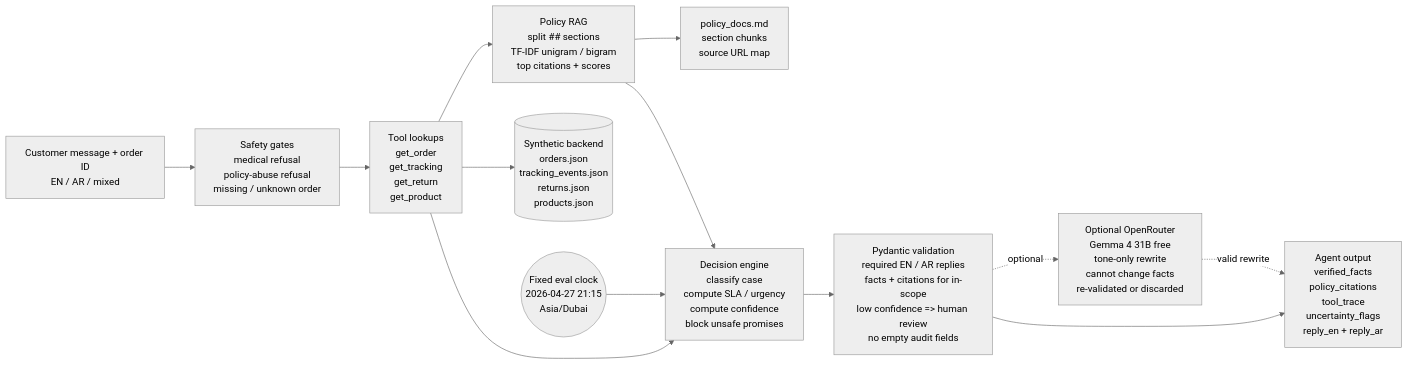
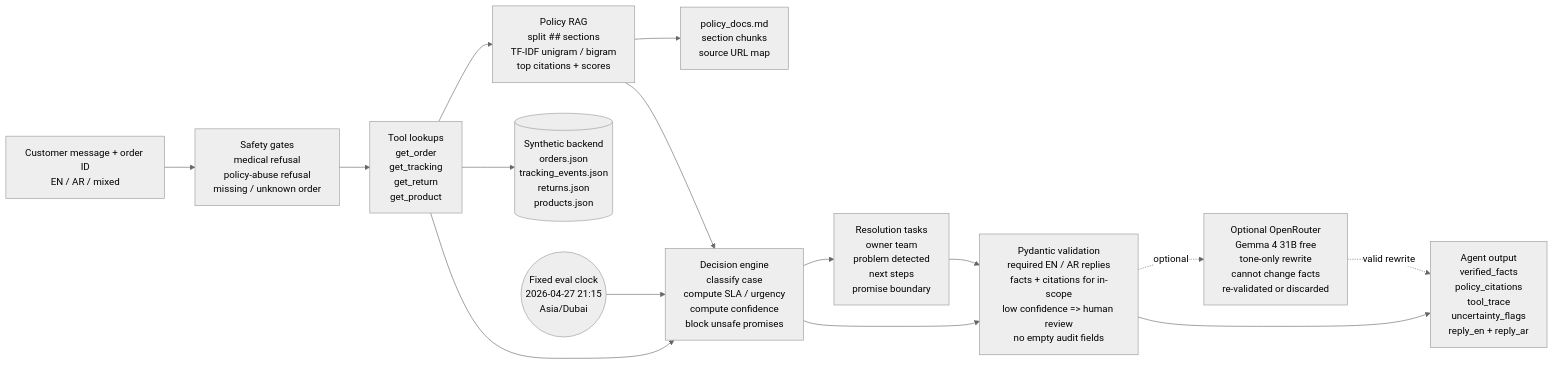
Before and after one commit to moksha-hub/MumzCare-Promise-Rescue-Copilot: the diagram in ARCHITECTURE.md, drawn with Mermaid (neutral theme). The commit also changed other lines of this file and 6 other files, not shown here.

````diff
--- a/ARCHITECTURE.md
+++ b/ARCHITECTURE.md
@@ -22,25 +22,28 @@
 ```mermaid
 flowchart LR
     input["Customer message + order ID<br/>EN / AR / mixed"]
     safety["Safety gates<br/>medical refusal<br/>policy-abuse refusal<br/>missing / unknown order"]
     tools["Tool lookups<br/>get_order<br/>get_tracking<br/>get_return<br/>get_product"]
     data[("Synthetic backend<br/>orders.json<br/>tracking_events.json<br/>returns.json<br/>products.json")]
     rag["Policy RAG<br/>split ## sections<br/>TF-IDF unigram / bigram<br/>top citations + scores"]
     policy["policy_docs.md<br/>section chunks<br/>source URL map"]
     engine["Decision engine<br/>classify case<br/>compute SLA / urgency<br/>compute confidence<br/>block unsafe promises"]
     clock(("Fixed eval clock<br/>2026-04-27 21:15<br/>Asia/Dubai"))
+    tasks["Resolution tasks<br/>owner team<br/>problem detected<br/>next steps<br/>promise boundary"]
     schema["Pydantic validation<br/>required EN / AR replies<br/>facts + citations for in-scope<br/>low confidence => human review<br/>no empty audit fields"]
     llm["Optional OpenRouter<br/>Gemma 4 31B free<br/>tone-only rewrite<br/>cannot change facts<br/>re-validated or discarded"]
     output["Agent output<br/>verified_facts<br/>policy_citations<br/>tool_trace<br/>uncertainty_flags<br/>reply_en + reply_ar"]
 
     input --> safety --> tools --> rag
     tools --> data
     rag --> policy
     tools --> engine
     rag --> engine
     clock --> engine
+    engine --> tasks
+    tasks --> schema
     engine --> schema
     schema -. optional .-> llm
     schema --> output
     llm -. valid rewrite .-> output
 ```
````
